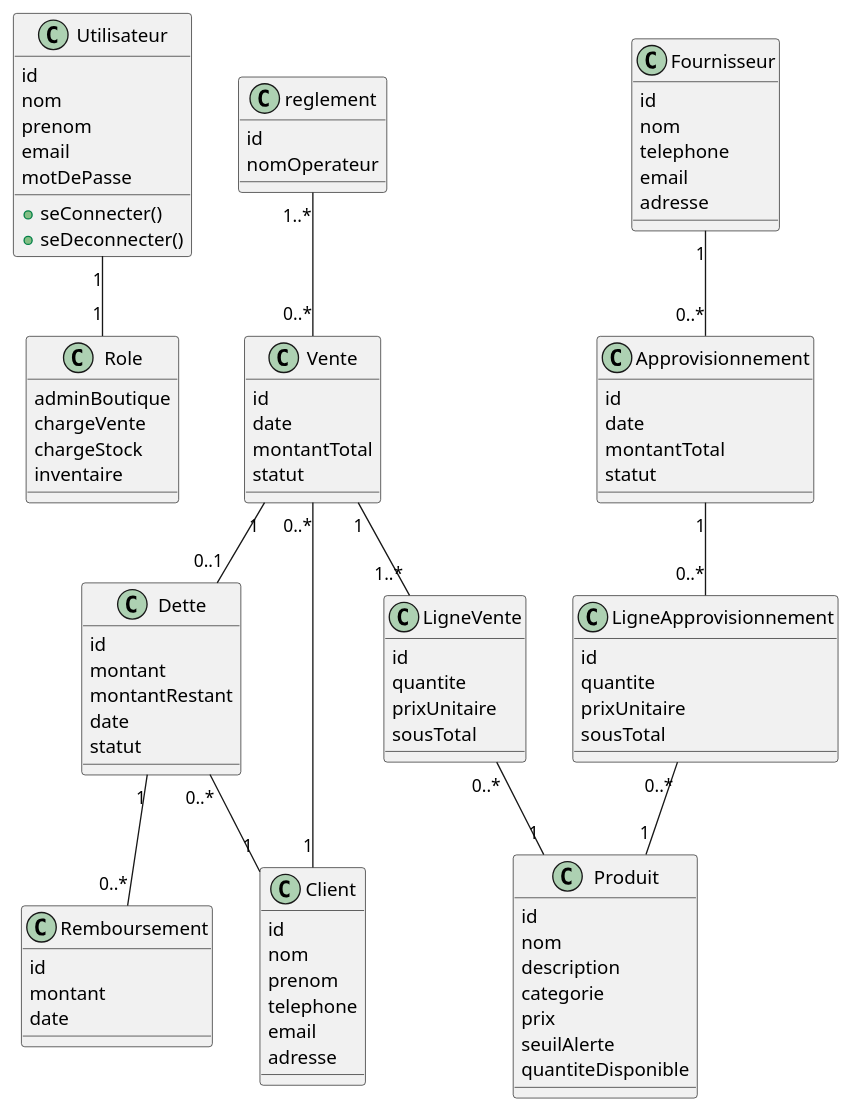
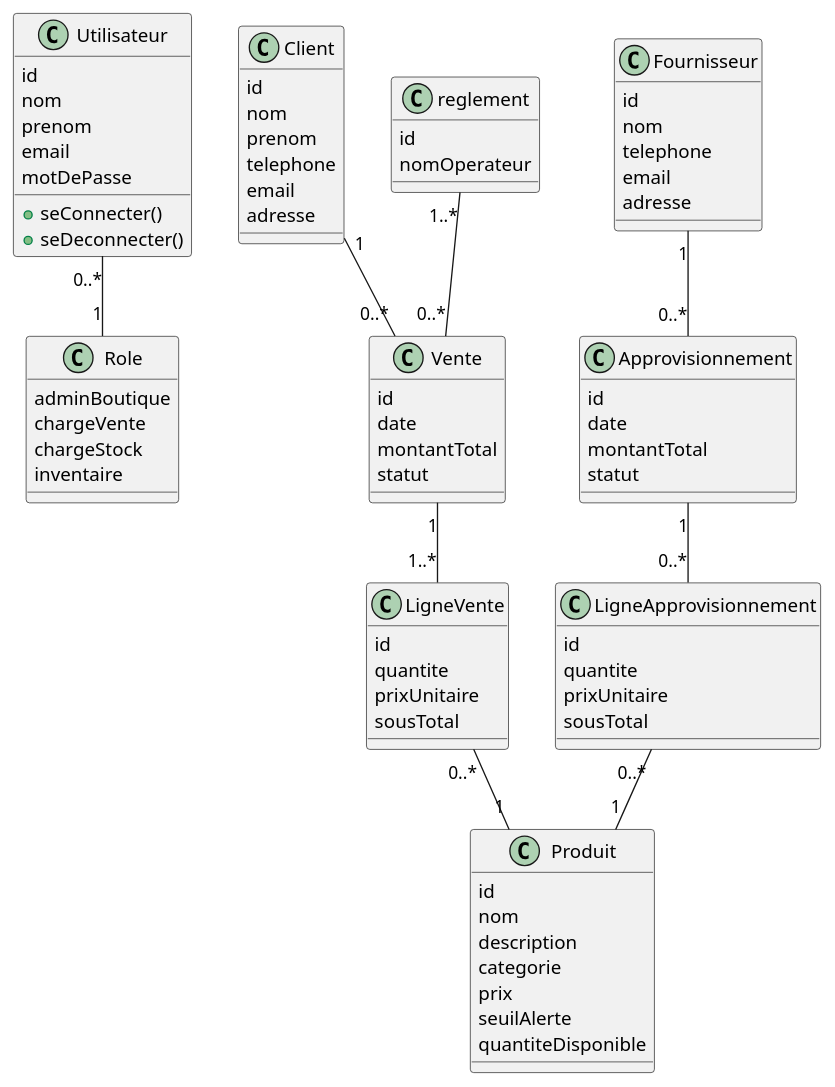
Before and after one commit to iamlenasamba-cyber/Projet_Weekend_Gestion_Boutique: the diagram in Docs/classe.puml, drawn with PlantUML. The commit also changed 3 other files, not shown here.

```diff
--- a/Docs/classe.puml
+++ b/Docs/classe.puml
@@ -1,117 +1,99 @@
 @startuml Diagramme de Classes
 
 
 
 class Role {
     adminBoutique
     chargeVente
     chargeStock
     inventaire
 }
 
 class Utilisateur {
     id
     nom
     prenom
     email
     motDePasse
     + seConnecter()
     + seDeconnecter()
 }
 
 class Produit {
     id
     nom
     description
     categorie
     prix
     seuilAlerte
      quantiteDisponible
 }
 
 
 class Client {
     id
     nom
     prenom
     telephone
     email
     adresse
 }
 
 class Fournisseur {
     id
     nom
     telephone
     email
     adresse
 }
 
 class Vente {
     id
     date
     montantTotal
     statut
 }
 
 class LigneVente {
     id
     quantite
     prixUnitaire
     sousTotal
 }
 
 
 
-class Dette {
-    id
-    montant
-    montantRestant
-    date
-    statut
-}
-
-class Remboursement {
-    id
-    montant
-    date
-}
-
 class Approvisionnement {
     id
     date
     montantTotal
     statut
 }
 
 class LigneApprovisionnement {
     id
     quantite
     prixUnitaire
     sousTotal
 }
 
 class reglement {
     id
     nomOperateur
 }
 
 
-Utilisateur "1" -- "1" Role
+Utilisateur "0..*" -- "1" Role
 
 reglement "1..*" -- "0..*" Vente
 Client "1" -- "0..*" Vente 
 
 Vente "1" -- "1..*" LigneVente 
 LigneVente "0..*" -- "1" Produit 
 
-Vente "1" -- "0..1" Dette 
-
-Dette "1" -- "0..*" Remboursement 
-Dette "0..*" -- "1" Client 
 
 Fournisseur "1" -- "0..*" Approvisionnement 
 Approvisionnement "1" -- "0..*" LigneApprovisionnement
 LigneApprovisionnement "0..*" -- "1" Produit 
 
 @enduml
```
